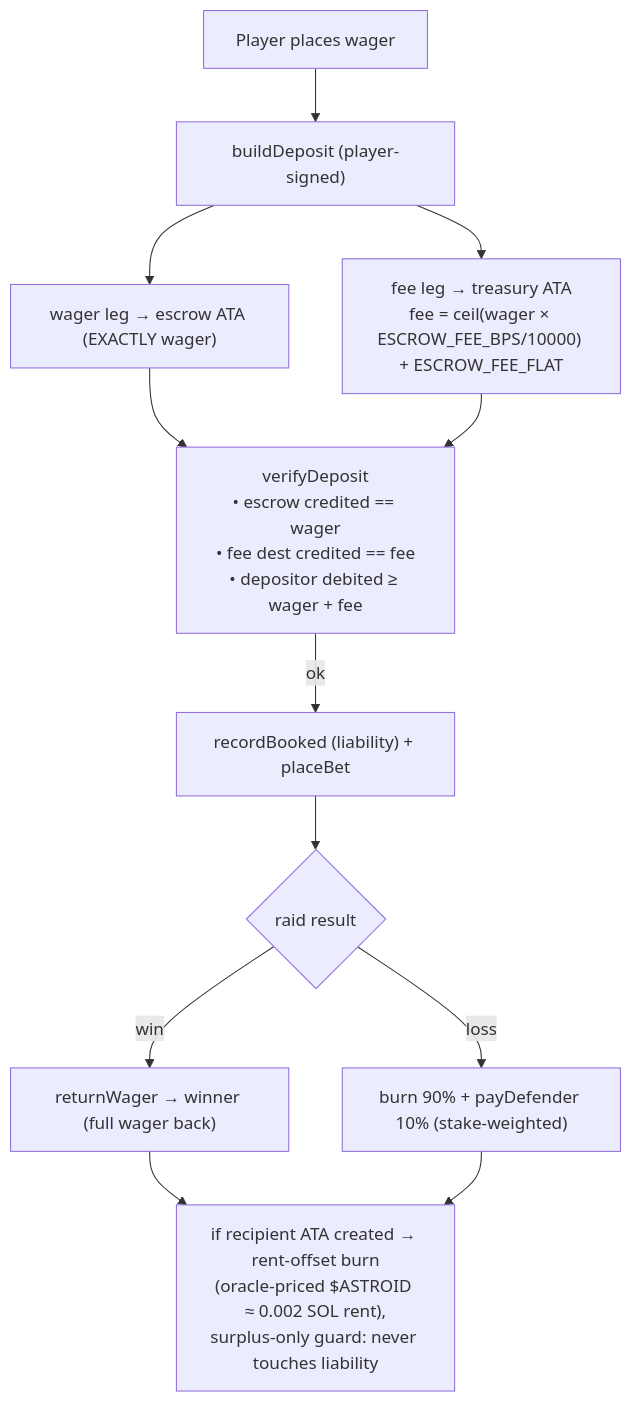
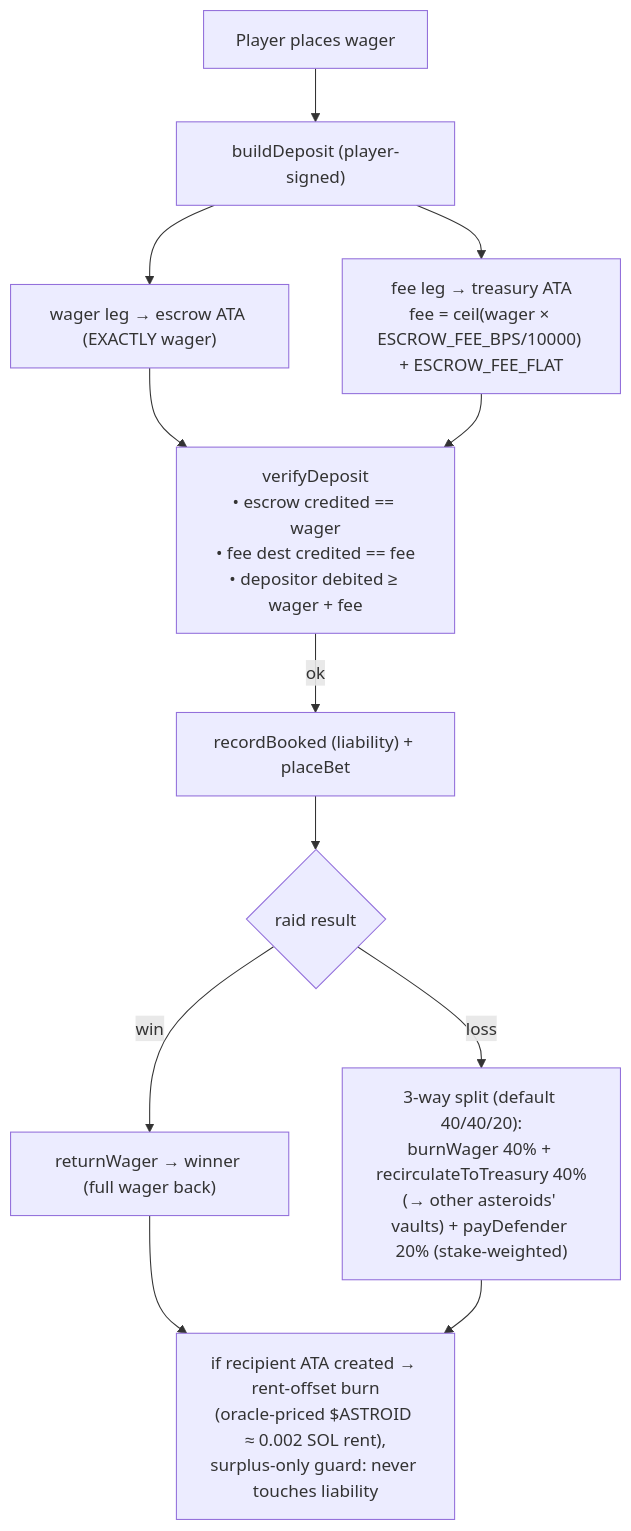
Before and after one commit to GeorgieXRPL/Astroid.club: the second of 3 diagrams in docs/ARCHITECTURE.md, drawn with Mermaid. The commit also changed other lines of this file and 34 other files, not shown here.

First line of the commit message:
feat: comp-wallet bypass list + 40/40/20 wager loss split + 30-min raid immunity

````diff
--- a/docs/ARCHITECTURE.md
+++ b/docs/ARCHITECTURE.md
@@ -307,14 +307,14 @@
 ```mermaid
 flowchart TD
   P["Player places wager"] --> BD["buildDeposit (player-signed)"]
   BD --> L1["wager leg → escrow ATA (EXACTLY wager)"]
   BD --> L2["fee leg → treasury ATA<br/>fee = ceil(wager × ESCROW_FEE_BPS/10000) + ESCROW_FEE_FLAT"]
   L1 --> V["verifyDeposit<br/>• escrow credited == wager<br/>• fee dest credited == fee<br/>• depositor debited ≥ wager + fee"]
   L2 --> V
   V -->|ok| BK["recordBooked (liability) + placeBet"]
   BK --> R{"raid result"}
   R -->|win| RET["returnWager → winner (full wager back)"]
-  R -->|loss| BRN["burn 90% + payDefender 10% (stake-weighted)"]
+  R -->|loss| BRN["3-way split (default 40/40/20):<br/>burnWager 40% + recirculateToTreasury 40%<br/>(→ other asteroids' vaults) + payDefender 20% (stake-weighted)"]
   RET --> RBN["if recipient ATA created → rent-offset burn<br/>(oracle-priced $ASTROID ≈ 0.002 SOL rent),<br/>surplus-only guard: never touches liability"]
   BRN --> RBN
 ```
````
